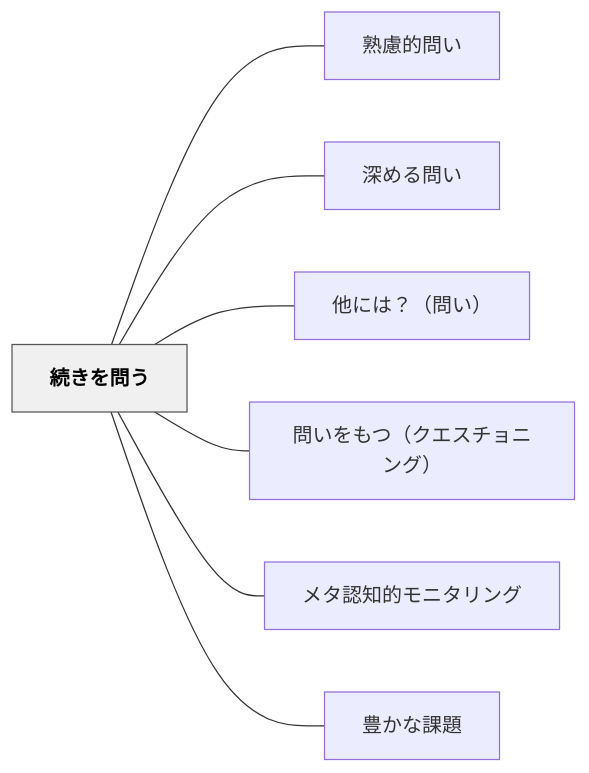
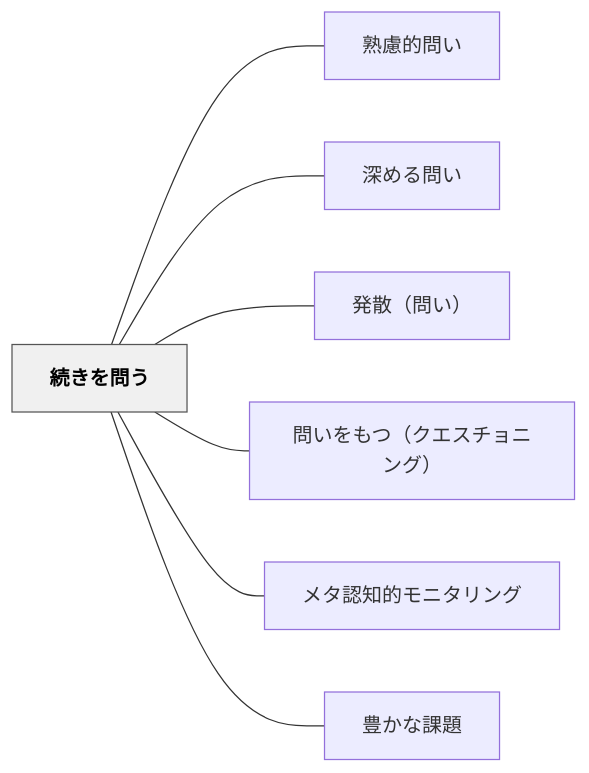
The diagram in content/パタン/続きを問う.md (unknownthings-ed-patterns/unknownthings-ed-patterns), drawn with Mermaid before and after one commit. The commit also changed other lines of this file and 37 other files, not shown here.

````diff
--- a/content/パタン/続きを問う.md
+++ b/content/パタン/続きを問う.md
@@ -46,20 +46,20 @@
 ```mermaid
 flowchart LR
     ne7b69ae3818de38292e5958fe38186["続きを問う"]
     ne7869fe685aee79a84e5958fe38184["熟慮的問い"]
     ne6b7b1e38281e3828be5958fe38184["深める問い"]
-    ne4bb96e381abe381afefbc9fefbc88e5958fe38184efbc89["他には？（問い）"]
+    ne799bae695a3efbc88e5958fe38184efbc89["発散（問い）"]
     ne5958fe38184e38292e38282e381a4efbc88e382afe382a8e382b9e38381e383a7e3838be383b3e382b0efbc89["問いをもつ（クエスチョニング）"]
     ne383a1e382bfe8aa8de79fa5e79a84e383a2e3838be382bfe383aae383b3e382b0["メタ認知的モニタリング"]
     ne8b18ae3818be381aae8aab2e9a18c["豊かな課題"]
 
     ne7b69ae3818de38292e5958fe38186 --- ne7869fe685aee79a84e5958fe38184
     ne7b69ae3818de38292e5958fe38186 --- ne6b7b1e38281e3828be5958fe38184
-    ne7b69ae3818de38292e5958fe38186 --- ne4bb96e381abe381afefbc9fefbc88e5958fe38184efbc89
+    ne7b69ae3818de38292e5958fe38186 --- ne799bae695a3efbc88e5958fe38184efbc89
     ne7b69ae3818de38292e5958fe38186 --- ne5958fe38184e38292e38282e381a4efbc88e382afe382a8e382b9e38381e383a7e3838be383b3e382b0efbc89
     ne7b69ae3818de38292e5958fe38186 --- ne383a1e382bfe8aa8de79fa5e79a84e383a2e3838be382bfe383aae383b3e382b0
     ne7b69ae3818de38292e5958fe38186 --- ne8b18ae3818be381aae8aab2e9a18c
 
     classDef hub fill:#f0f0f0,stroke:#555,color:#000,font-weight:bold
     class ne7b69ae3818de38292e5958fe38186 hub
 ```
````
